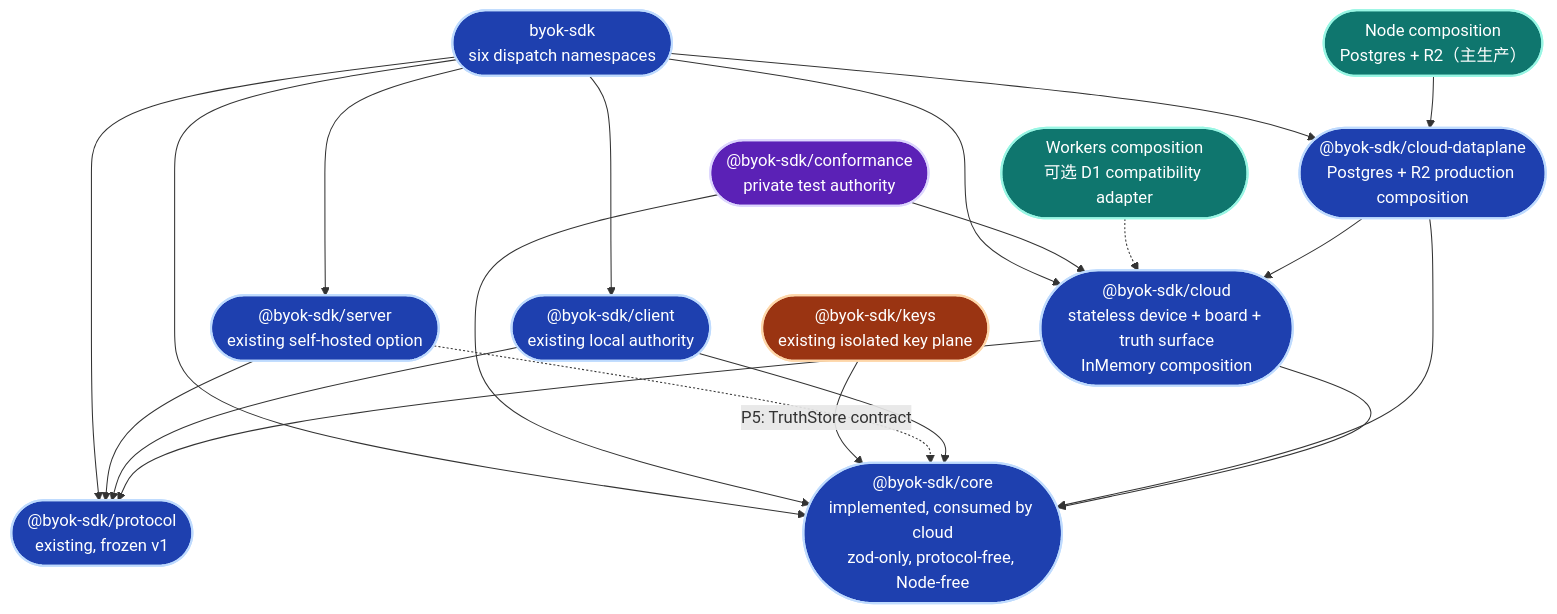
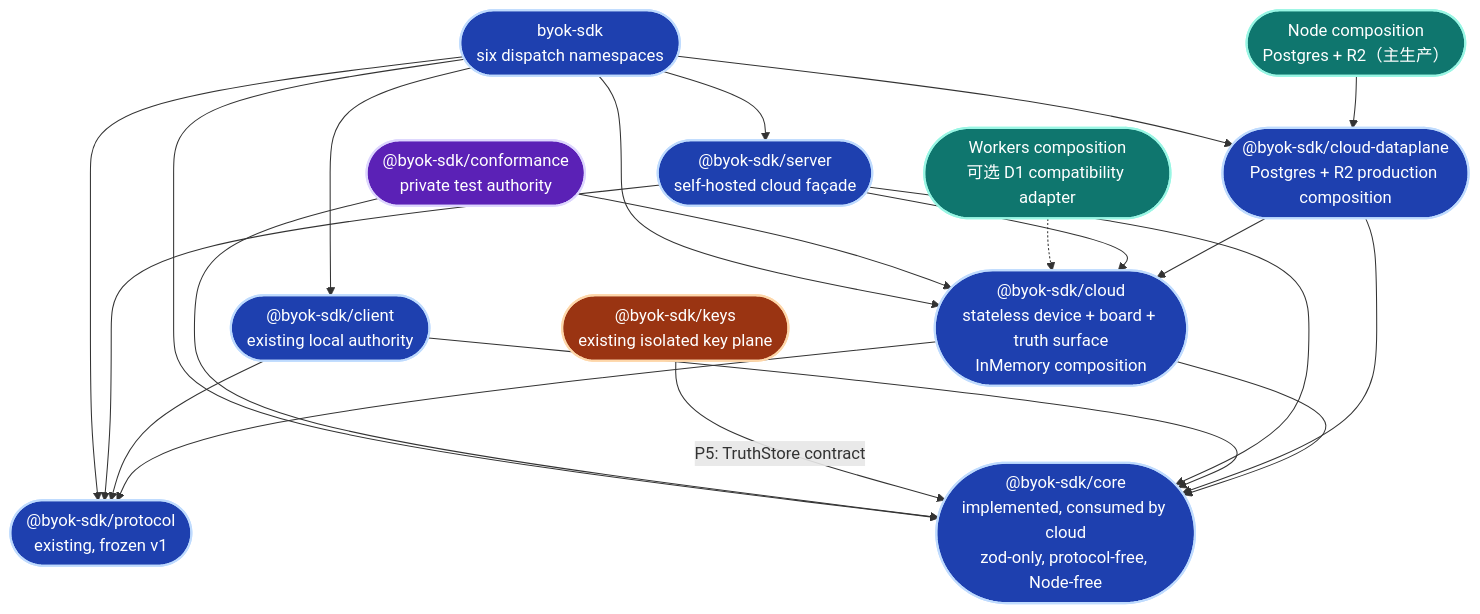
One commit to Ancienttwo/byok-sdk changed diagram 16 of 23 in docs/architecture/sdk-architecture.md. Above: the diagram before and after it, drawn with Mermaid. The commit also changed other lines of this file and 10 other files, not shown here.

````diff
--- a/docs/architecture/sdk-architecture.md
+++ b/docs/architecture/sdk-architecture.md
@@ -1021,39 +1032,40 @@
 ```mermaid
 flowchart TB
   classDef existing fill:#1e40af,stroke:#bfdbfe,stroke-width:2px,color:#fff
   classDef planned fill:#5b21b6,stroke:#ddd6fe,stroke-width:2px,color:#fff
   classDef isolated fill:#9a3412,stroke:#fed7aa,stroke-width:2px,color:#fff
   classDef deploy fill:#0f766e,stroke:#99f6e4,stroke-width:2px,color:#fff
 
   Protocol(["@byok-sdk/protocol<br/>existing, frozen v1"]):::existing
   Core(["@byok-sdk/core<br/>implemented, consumed by cloud<br/>zod-only, protocol-free, Node-free"]):::existing
   Cloud(["@byok-sdk/cloud<br/>stateless device + board + truth surface<br/>InMemory composition"]):::existing
   CloudPg(["@byok-sdk/cloud-dataplane<br/>Postgres + R2 production composition"]):::existing
   Client(["@byok-sdk/client<br/>existing local authority"]):::existing
-  Server(["@byok-sdk/server<br/>existing self-hosted option"]):::existing
+  Server(["@byok-sdk/server<br/>self-hosted cloud façade"]):::existing
   SDK(["byok-sdk<br/>six dispatch namespaces"]):::existing
   Conformance(["@byok-sdk/conformance<br/>private test authority"]):::planned
   Keys(["@byok-sdk/keys<br/>existing isolated key plane"]):::isolated
   Node(["Node composition<br/>Postgres + R2（主生产）"]):::deploy
   Workers(["Workers composition<br/>可选 D1 compatibility adapter"]):::deploy
 
   Cloud --> Core
   Cloud --> Protocol
   CloudPg --> Cloud
   CloudPg --> Core
   Client --> Core
   Client --> Protocol
-  Server -.-> Core
+  Server --> Cloud
+  Server --> Core
   Server --> Protocol
   Keys -->|"P5: TruthStore contract"| Core
   Node --> CloudPg
   Workers -.-> Cloud
   Conformance --> Cloud
   Conformance --> Core
   SDK --> Protocol
   SDK --> Server
   SDK --> Client
   SDK --> Core
   SDK --> Cloud
   SDK --> CloudPg
 ```
````
